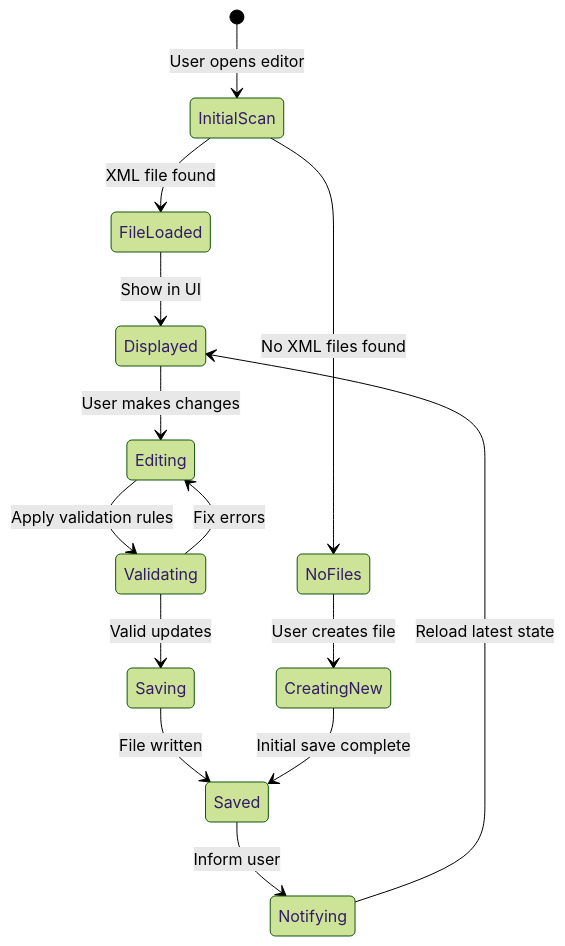
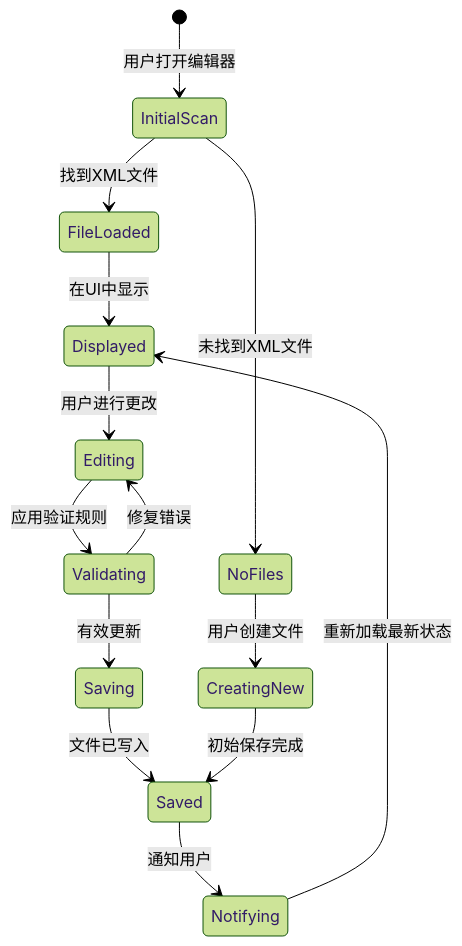
One commit to BannerlordModer/BannerlordModEditor changed the third of 3 diagrams in docs/reference/data-flow.md. Above: the diagram before and after it, drawn with Mermaid (forest theme). The commit also changed other lines of this file and 3 other files, not shown here.

````diff
--- a/docs/reference/data-flow.md
+++ b/docs/reference/data-flow.md
@@ -235,19 +235,19 @@
 ```mermaid
 stateDiagram-v2
-    [*] --> InitialScan: User opens editor
-    InitialScan --> FileLoaded: XML file found
-    InitialScan --> NoFiles: No XML files found
+    [*] --> InitialScan: 用户打开编辑器
+    InitialScan --> FileLoaded: 找到XML文件
+    InitialScan --> NoFiles: 未找到XML文件
     
-    FileLoaded --> Displayed: Show in UI
-    Displayed --> Editing: User makes changes
-    Editing --> Validating: Apply validation rules
-    Validating --> Editing: Fix errors
-    Validating --> Saving: Valid updates
+    FileLoaded --> Displayed: 在UI中显示
+    Displayed --> Editing: 用户进行更改
+    Editing --> Validating: 应用验证规则
+    Validating --> Editing: 修复错误
+    Validating --> Saving: 有效更新
     
-    Saving --> Saved: File written
-    Saved --> Notifying: Inform user
-    Notifying --> Displayed: Reload latest state
+    Saving --> Saved: 文件已写入
+    Saved --> Notifying: 通知用户
+    Notifying --> Displayed: 重新加载最新状态
     
-    NoFiles --> CreatingNew: User creates file
-    CreatingNew --> Saved: Initial save complete
+    NoFiles --> CreatingNew: 用户创建文件
+    CreatingNew --> Saved: 初始保存完成
 ```
````
